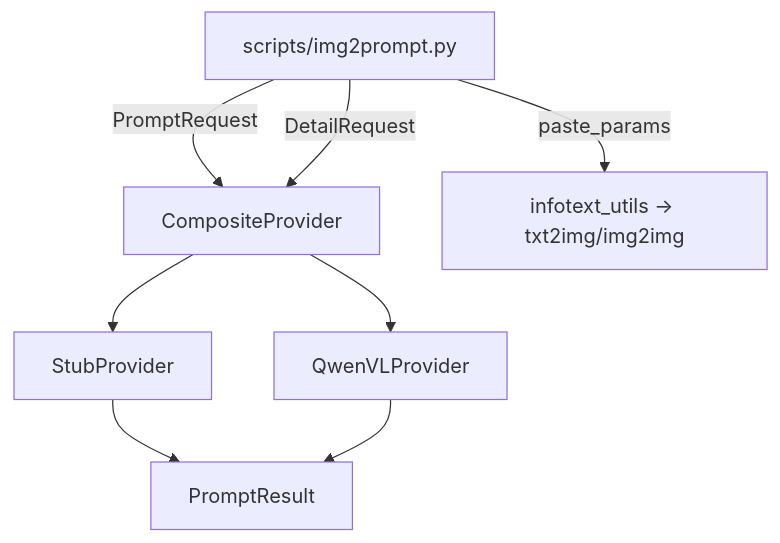
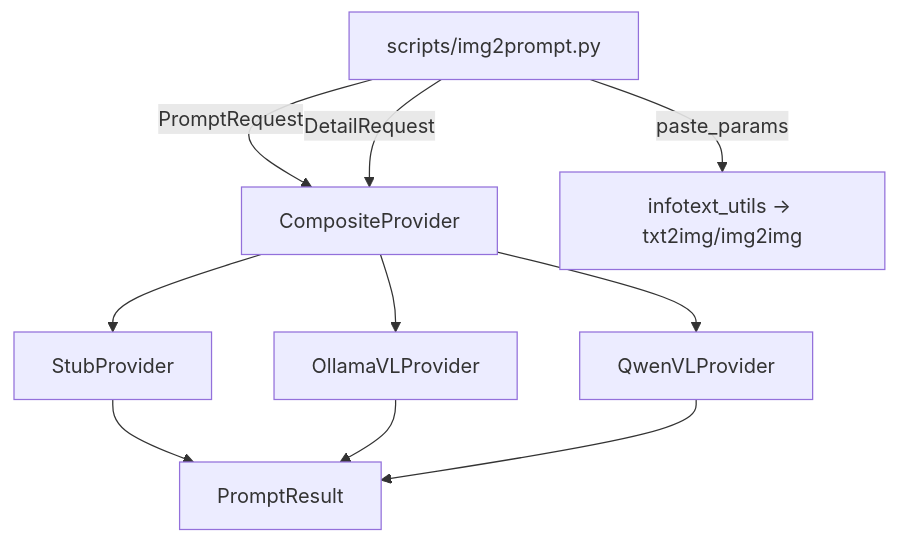
One commit to pcgarat/sd-forge-img2prompt changed the second of 8 diagrams in docs/guia_desarrollador_img2prompt_26-09-2026.md. Above: the diagram before and after it, drawn with Mermaid. The commit also changed other lines of this file and 14 other files, not shown here.

````diff
--- a/docs/guia_desarrollador_img2prompt_26-09-2026.md
+++ b/docs/guia_desarrollador_img2prompt_26-09-2026.md
@@ -72,11 +75,13 @@
 ```mermaid
 flowchart TB
   Script["scripts/img2prompt.py"]
   Script -->|PromptRequest| Comp["CompositeProvider"]
   Script -->|DetailRequest| Comp
   Comp --> Stub["StubProvider"]
+  Comp --> Ollama["OllamaVLProvider"]
   Comp --> VL["QwenVLProvider"]
   Stub --> PR["PromptResult"]
+  Ollama --> PR
   VL --> PR
   Script -->|paste_params| Send["infotext_utils → txt2img/img2img"]
 ```
````
